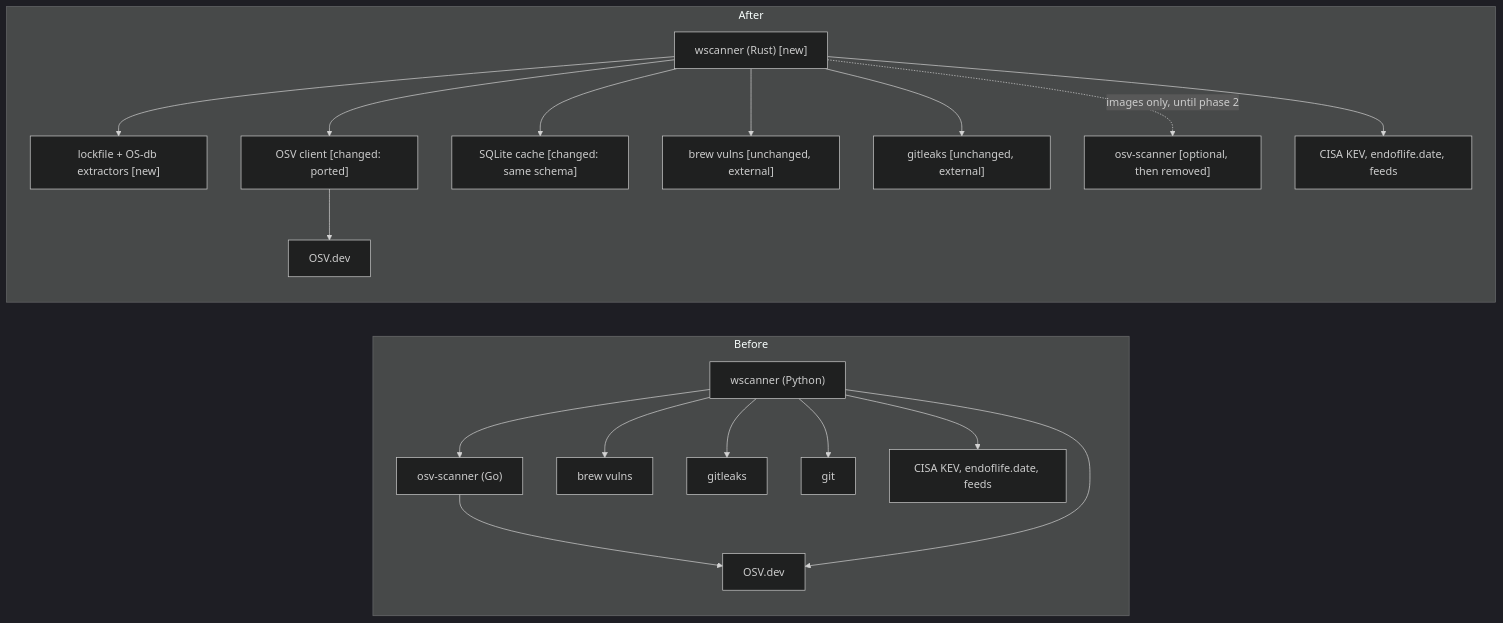
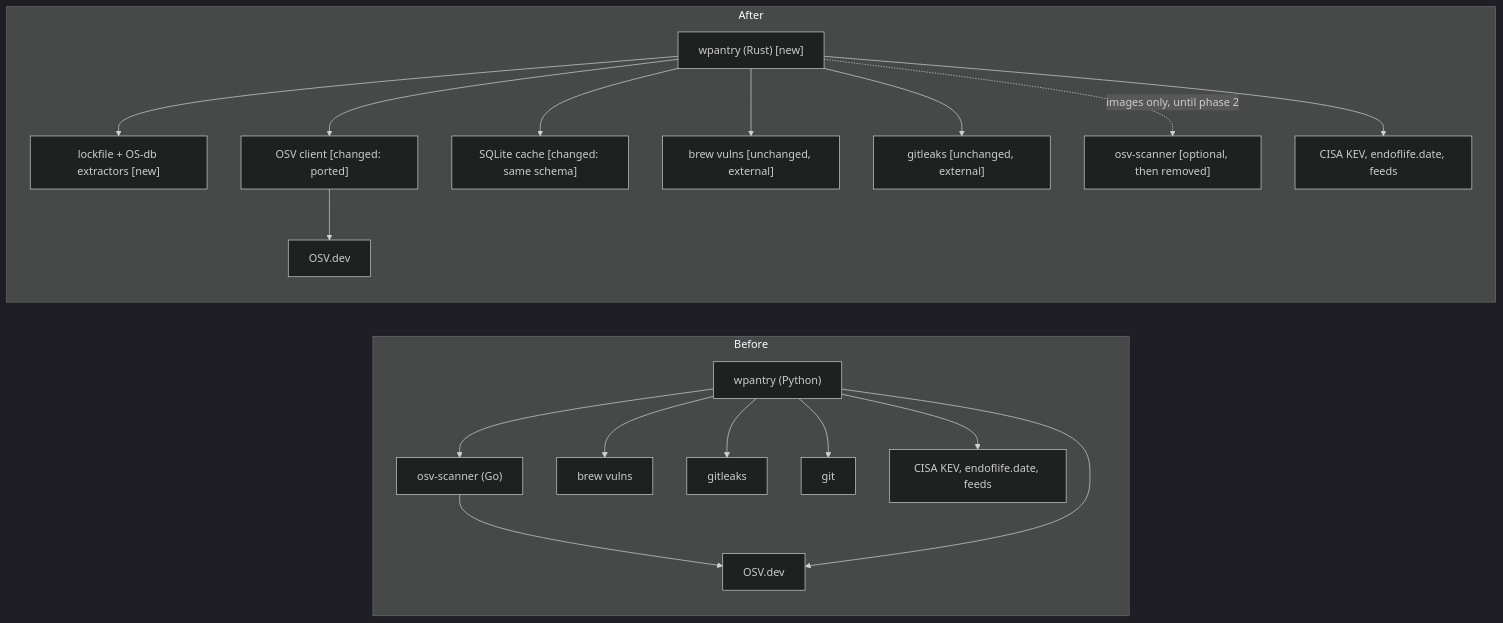
One commit to waffuruai/pantry changed the diagram in specs/01-rust-port.md. Above: the diagram before and after it, drawn with Mermaid (dark theme). The commit also changed other lines of this file and 209 other files, not shown here.

````diff
--- a/specs/01-rust-port.md
+++ b/specs/01-rust-port.md
@@ -17,23 +17,23 @@
 ```mermaid
 flowchart LR
   subgraph before["Before"]
-    py["wscanner (Python)"] --> osvs["osv-scanner (Go)"]
+    py["wpantry (Python)"] --> osvs["osv-scanner (Go)"]
     py --> bv["brew vulns"]
     py --> gl["gitleaks"]
     py --> git1["git"]
     osvs --> src1["OSV.dev"]
     py --> src1
     py --> feeds1["CISA KEV, endoflife.date, feeds"]
   end
   subgraph after["After"]
-    rs["wscanner (Rust) [new]"]
+    rs["wpantry (Rust) [new]"]
     rs --> ext["lockfile + OS-db extractors [new]"]
     rs --> cli2["OSV client [changed: ported]"]
     rs --> db2["SQLite cache [changed: same schema]"]
     rs --> bv2["brew vulns [unchanged, external]"]
     rs --> gl2["gitleaks [unchanged, external]"]
     rs -. "images only, until phase 2" .-> osvs2["osv-scanner [optional, then removed]"]
     cli2 --> src2["OSV.dev"]
     rs --> feeds2["CISA KEV, endoflife.date, feeds"]
   end
 ```
````
